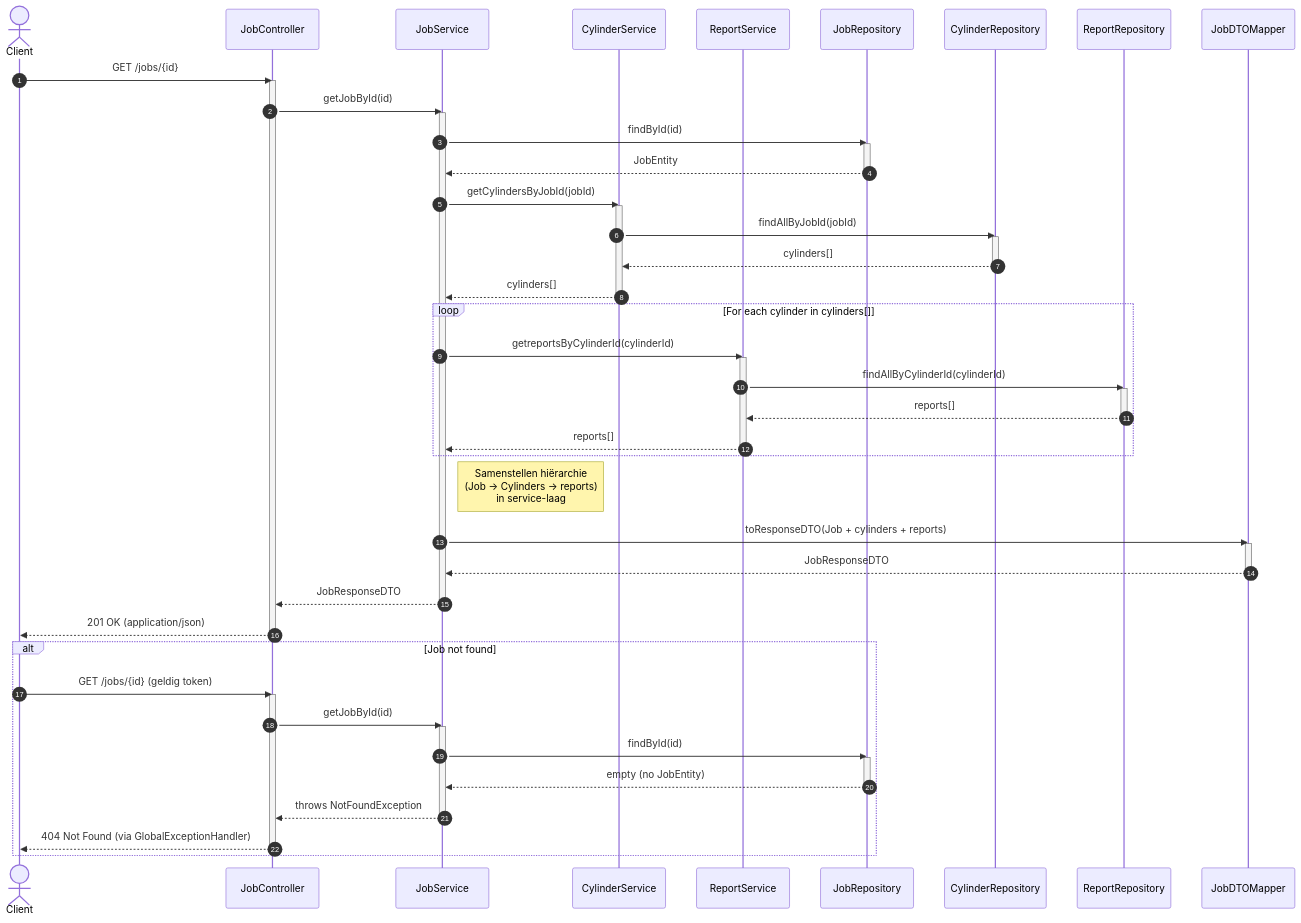
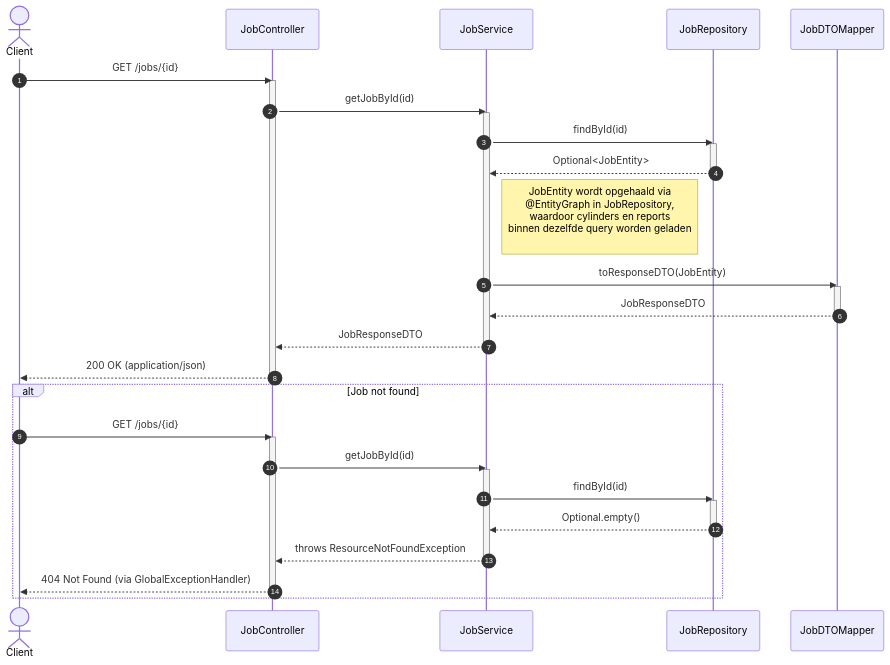
One commit to Th3Bl0ndG0d/WBJE_Backend changed the second of 3 diagrams in README.MD. Above: the diagram before and after it, drawn with Mermaid. The commit also changed other lines of this file and 6 other files, not shown here.

````diff
--- a/README.MD
+++ b/README.MD
@@ -203,83 +196,61 @@
 ```mermaid
 sequenceDiagram
     autonumber
 
     actor Client
     participant JobController
     participant JobService
-    participant CylinderService
-    participant ReportService
     participant JobRepository
-    participant CylinderRepository
-    participant ReportRepository
     participant JobDTOMapper
 
 %% =================================================
 %% 1) Happy flow
 %% =================================================
     Client->>JobController: GET /jobs/{id}
     activate JobController
+
     JobController->>JobService: getJobById(id)
     activate JobService
 
     JobService->>JobRepository: findById(id)
     activate JobRepository
-    JobRepository-->>JobService: JobEntity
+    JobRepository-->>JobService: Optional<JobEntity>
     deactivate JobRepository
 
-    JobService->>CylinderService: getCylindersByJobId(jobId)
-    activate CylinderService
-    CylinderService->>CylinderRepository: findAllByJobId(jobId)
-    activate CylinderRepository
-    CylinderRepository-->>CylinderService: cylinders[]
-    deactivate CylinderRepository
-    CylinderService-->>JobService: cylinders[]
-    deactivate CylinderService
+    Note right of JobService: JobEntity wordt opgehaald via<br/>@EntityGraph in JobRepository,<br/>waardoor cylinders en reports<br/>binnen dezelfde query worden geladen<br/>
 
-    loop For each cylinder in cylinders[]
-        JobService->>ReportService: getreportsByCylinderId(cylinderId)
-        activate ReportService
-        ReportService->>ReportRepository: findAllByCylinderId(cylinderId)
-        activate ReportRepository
-        ReportRepository-->>ReportService: reports[]
-        deactivate ReportRepository
-        ReportService-->>JobService: reports[]
-        deactivate ReportService
-    end
-
-    Note right of JobService: Samenstellen hiërarchie<br/>(Job → Cylinders → reports)<br/>in service-laag
-
-    JobService->>JobDTOMapper: toResponseDTO(Job + cylinders + reports)
+    
+    JobService->>JobDTOMapper: toResponseDTO(JobEntity)
     activate JobDTOMapper
     JobDTOMapper-->>JobService: JobResponseDTO
     deactivate JobDTOMapper
 
     JobService-->>JobController: JobResponseDTO
     deactivate JobService
 
-    JobController-->>Client: 201 OK (application/json)
+    JobController-->>Client: 200 OK (application/json)
     deactivate JobController
 
 %% =================================================
 %% 2) Alternative flow: Job not found (404)
 %% =================================================
     alt Job not found
-        Client->>JobController: GET /jobs/{id} (geldig token)
+        Client->>JobController: GET /jobs/{id}
         activate JobController
+
         JobController->>JobService: getJobById(id)
         activate JobService
 
         JobService->>JobRepository: findById(id)
         activate JobRepository
-        JobRepository-->>JobService: empty (no JobEntity)
+        JobRepository-->>JobService: Optional.empty()
         deactivate JobRepository
 
-        JobService-->>JobController: throws NotFoundException
+        JobService-->>JobController: throws ResourceNotFoundException
         deactivate JobService
 
         JobController-->>Client: 404 Not Found (via GlobalExceptionHandler)
         deactivate JobController
     end
 
-
 ```
````
